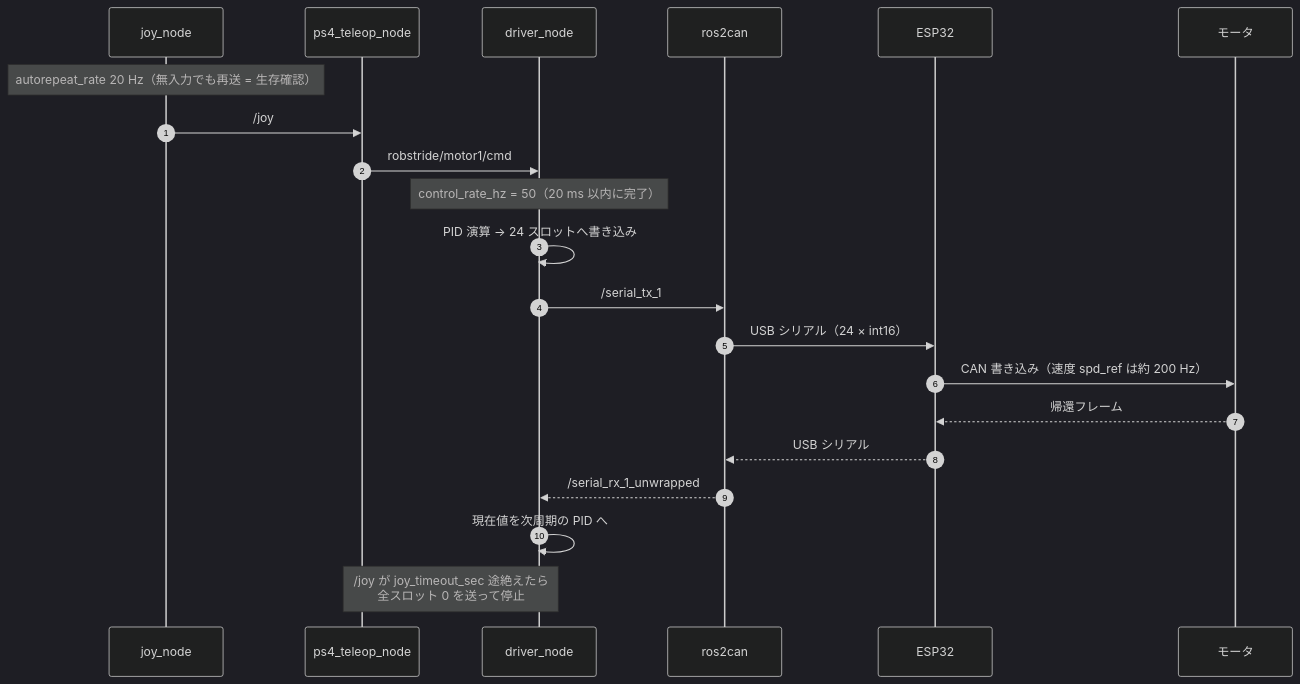
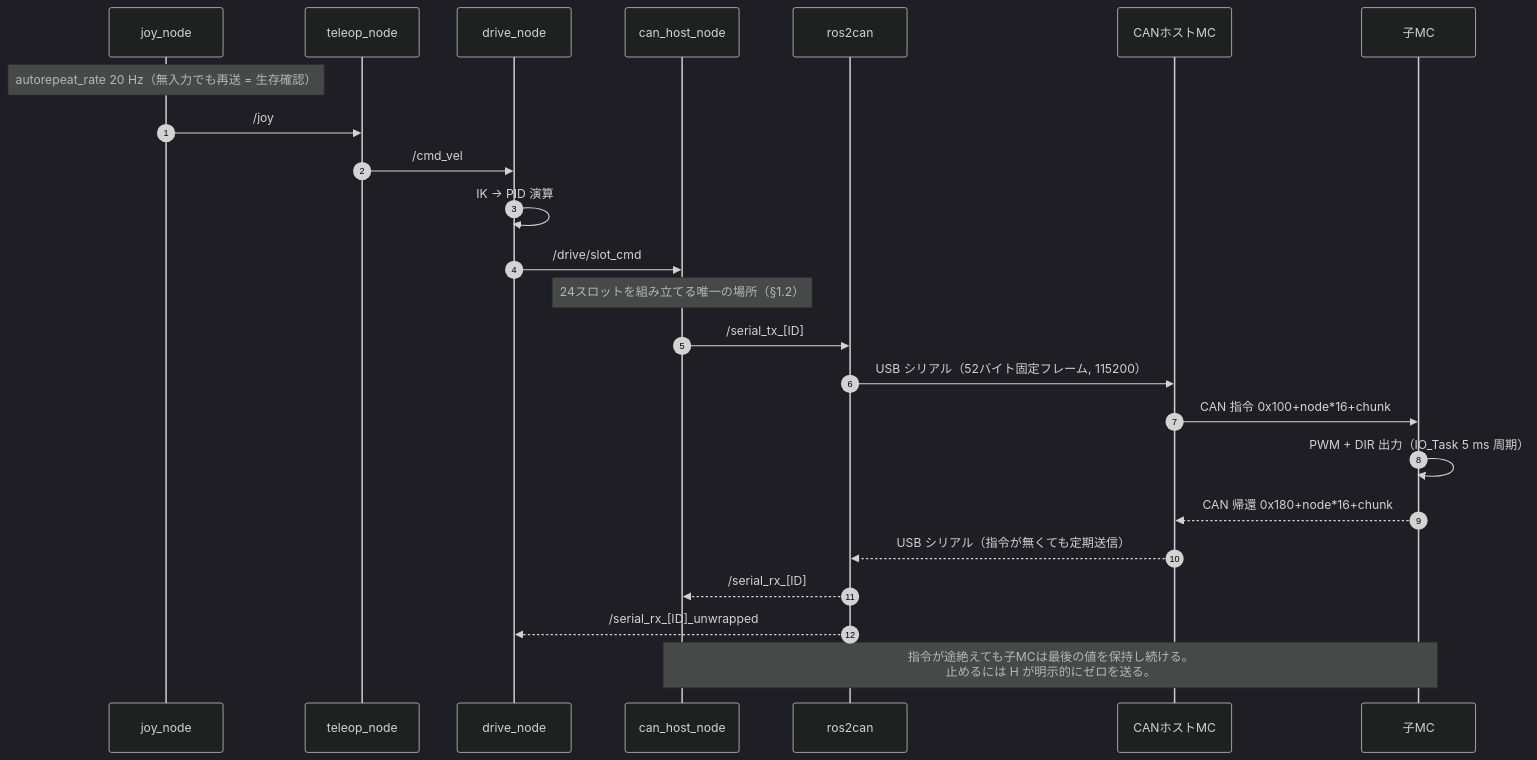
One commit to RRST-NHK-Project/Harurobo27-Sakuraou changed the seventh of 7 diagrams in Docs/program_structure.md. Above: the diagram before and after it, drawn with Mermaid (dark theme). The commit also changed other lines of this file, not shown here.

Commit message:
構造図を3ホスト構成に更新

````diff
--- a/Docs/program_structure.md
+++ b/Docs/program_structure.md
@@ -279,24 +713,27 @@
 ```mermaid
 sequenceDiagram
   autonumber
   participant J as joy_node
-  participant T as ps4_teleop_node
-  participant D as driver_node
+  participant T as teleop_node
+  participant D as drive_node
+  participant H as can_host_node
   participant R as ros2can
-  participant E as ESP32
-  participant M as モータ
+  participant E as CANホストMC
+  participant N as 子MC
 
   Note over J: autorepeat_rate 20 Hz（無入力でも再送 = 生存確認）
   J->>T: /joy
-  T->>D: robstride/motor1/cmd
-  Note over D: control_rate_hz = 50（20 ms 以内に完了）
-  D->>D: PID 演算 → 24 スロットへ書き込み
-  D->>R: /serial_tx_1
-  R->>E: USB シリアル（24 × int16）
-  E->>M: CAN 書き込み（速度 spd_ref は約 200 Hz）
-  M-->>E: 帰還フレーム
-  E-->>R: USB シリアル
-  R-->>D: /serial_rx_1_unwrapped
-  D->>D: 現在値を次周期の PID へ
-  Note over T,D: /joy が joy_timeout_sec 途絶えたら<br/>全スロット 0 を送って停止
+  T->>D: /cmd_vel
+  D->>D: IK → PID 演算
+  D->>H: /drive/slot_cmd
+  Note over H: 24スロットを組み立てる唯一の場所（§1.2）
+  H->>R: /serial_tx_[ID]
+  R->>E: USB シリアル（52バイト固定フレーム, 115200）
+  E->>N: CAN 指令 0x100+node*16+chunk
+  N->>N: PWM + DIR 出力（IO_Task 5 ms 周期）
+  N-->>E: CAN 帰還 0x180+node*16+chunk
+  E-->>R: USB シリアル（指令が無くても定期送信）
+  R-->>H: /serial_rx_[ID]
+  R-->>D: /serial_rx_[ID]_unwrapped
+  Note over H,N: 指令が途絶えても子MCは最後の値を保持し続ける。<br/>止めるには H が明示的にゼロを送る。
 ```
````
